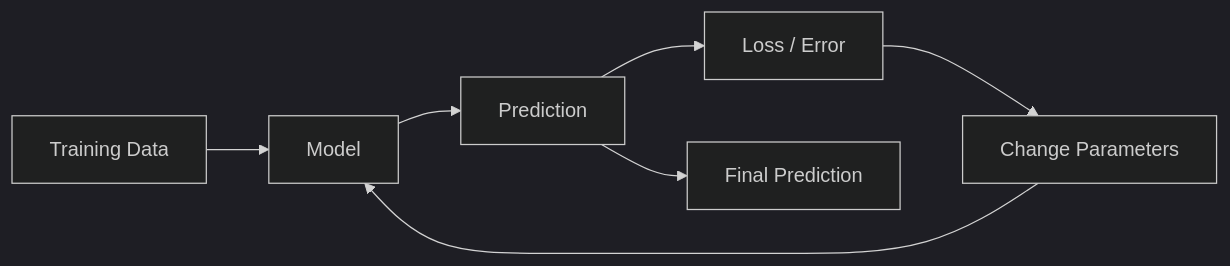
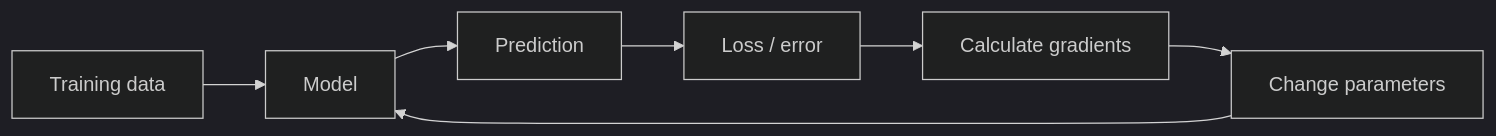
One commit to manish7725/deeplearning changed the diagram in blogs/01-what-is-learning.md. Above: the diagram before and after it, drawn with Mermaid (dark theme). The commit also changed other lines of this file, not shown here.

Commit message:
Polish blog 01 with GitHub-rendered math and executable training example

````diff
--- a/blogs/01-what-is-learning.md
+++ b/blogs/01-what-is-learning.md
@@ -347,9 +328,9 @@
 ```mermaid
 flowchart LR
-    A[Training Data] --> B[Model]
+    A[Training data] --> B[Model]
     B --> C[Prediction]
-    C --> D[Loss / Error]
-    D --> E[Change Parameters]
-    E --> B
-    C --> F[Final Prediction]
+    C --> D[Loss / error]
+    D --> E[Calculate gradients]
+    E --> F[Change parameters]
+    F --> B
 ```
````
